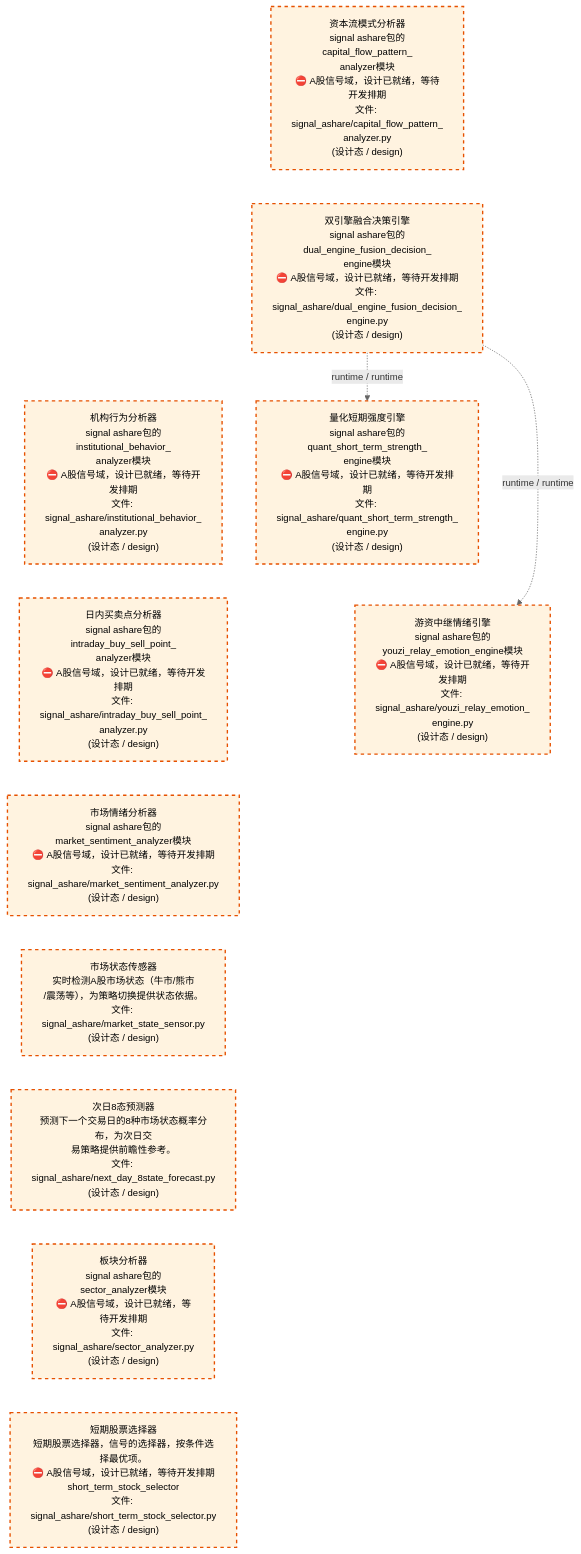
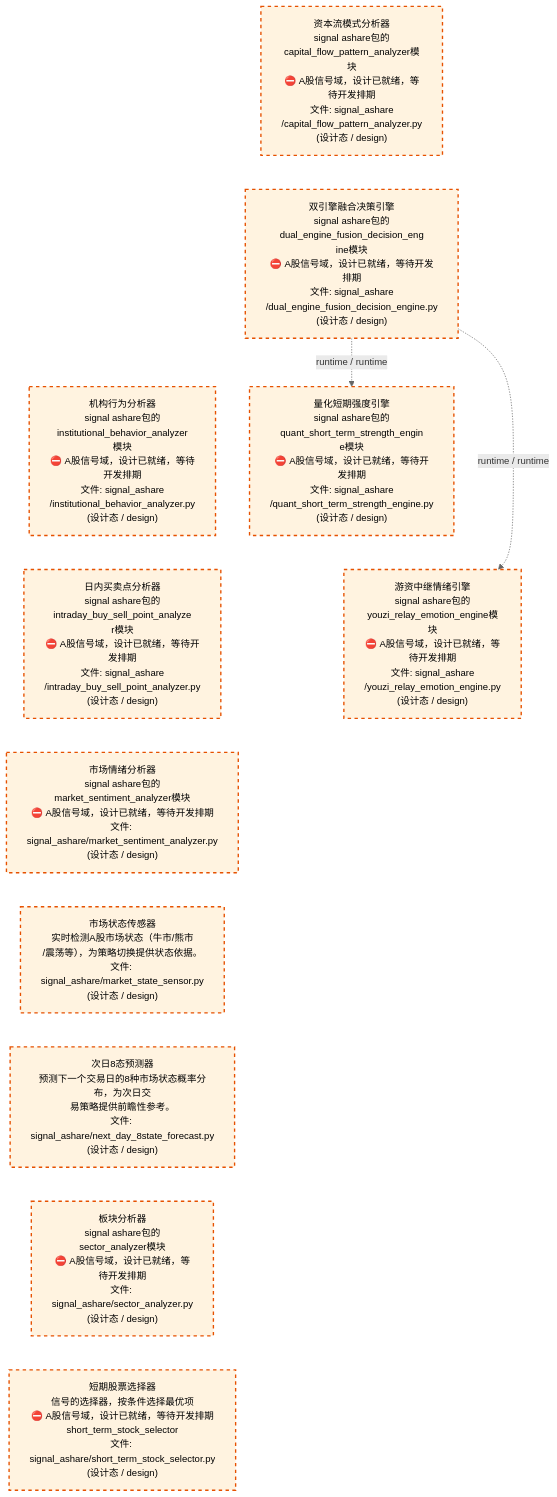
The third of 4 diagrams in docs/02_enterprise_architecture/02_domain_architecture_docs/32_d_ashare_signal.md (xuanFelixVan/ZephyrAlpha), drawn with Mermaid before and after one commit. The commit also changed other lines of this file and 59 other files, not shown here.

````diff
--- a/docs/02_enterprise_architecture/02_domain_architecture_docs/32_d_ashare_signal.md
+++ b/docs/02_enterprise_architecture/02_domain_architecture_docs/32_d_ashare_signal.md
@@ -134,31 +134,31 @@
 ```mermaid
 %%{init: {'theme': 'base', 'themeVariables': {'primaryColor': '#eaeaea', 'primaryTextColor': '#333333', 'primaryBorderColor': '#666666', 'lineColor': '#666666', 'secondaryColor': '#eaeaea', 'tertiaryColor': '#eaeaea', 'fontSize': '14px'}}}%%
 flowchart TD
-    src_zephyr_signal_ashare_capital_flow_pattern_analyzer_py["资本流模式分析器<br/>signal ashare包的capital_flow_pattern_<br/>analyzer模块<br/>⛔ A股信号域，设计已就绪，等待开发排期<br/>文件: signal_ashare/capital_flow_pattern_<br/>analyzer.py<br/>(设计态 / design)"]
-    src_zephyr_signal_ashare_dual_engine_fusion_decision_engine_py["双引擎融合决策引擎<br/>signal ashare包的dual_engine_fusion_decision_<br/>engine模块<br/>⛔ A股信号域，设计已就绪，等待开发排期<br/>文件: signal_ashare/dual_engine_fusion_decision_<br/>engine.py<br/>(设计态 / design)"]
-    src_zephyr_signal_ashare_institutional_behavior_analyzer_py["机构行为分析器<br/>signal ashare包的institutional_behavior_<br/>analyzer模块<br/>⛔ A股信号域，设计已就绪，等待开发排期<br/>文件: signal_ashare/institutional_behavior_<br/>analyzer.py<br/>(设计态 / design)"]
-    src_zephyr_signal_ashare_intraday_buy_sell_point_analyzer_py["日内买卖点分析器<br/>signal ashare包的intraday_buy_sell_point_<br/>analyzer模块<br/>⛔ A股信号域，设计已就绪，等待开发排期<br/>文件: signal_ashare/intraday_buy_sell_point_<br/>analyzer.py<br/>(设计态 / design)"]
+    src_zephyr_signal_ashare_capital_flow_pattern_analyzer_py["资本流模式分析器<br/>signal ashare包的capital_flow_pattern_analyzer模<br/>块<br/>⛔ A股信号域，设计已就绪，等待开发排期<br/>文件: signal_ashare<br/>/capital_flow_pattern_analyzer.py<br/>(设计态 / design)"]
+    src_zephyr_signal_ashare_dual_engine_fusion_decision_engine_py["双引擎融合决策引擎<br/>signal ashare包的dual_engine_fusion_decision_eng<br/>ine模块<br/>⛔ A股信号域，设计已就绪，等待开发排期<br/>文件: signal_ashare<br/>/dual_engine_fusion_decision_engine.py<br/>(设计态 / design)"]
+    src_zephyr_signal_ashare_institutional_behavior_analyzer_py["机构行为分析器<br/>signal ashare包的institutional_behavior_analyzer<br/>模块<br/>⛔ A股信号域，设计已就绪，等待开发排期<br/>文件: signal_ashare<br/>/institutional_behavior_analyzer.py<br/>(设计态 / design)"]
+    src_zephyr_signal_ashare_intraday_buy_sell_point_analyzer_py["日内买卖点分析器<br/>signal ashare包的intraday_buy_sell_point_analyze<br/>r模块<br/>⛔ A股信号域，设计已就绪，等待开发排期<br/>文件: signal_ashare<br/>/intraday_buy_sell_point_analyzer.py<br/>(设计态 / design)"]
     src_zephyr_signal_ashare_market_sentiment_analyzer_py["市场情绪分析器<br/>signal ashare包的market_sentiment_analyzer模块<br/>⛔ A股信号域，设计已就绪，等待开发排期<br/>文件: signal_ashare/market_sentiment_analyzer.py<br/>(设计态 / design)"]
     src_zephyr_signal_ashare_market_state_sensor_py["市场状态传感器<br/>实时检测A股市场状态（牛市/熊市<br/>/震荡等），为策略切换提供状态依据。<br/>文件: signal_ashare/market_state_sensor.py<br/>(设计态 / design)"]
     src_zephyr_signal_ashare_next_day_8state_forecast_py["次日8态预测器<br/>预测下一个交易日的8种市场状态概率分布，为次日交<br/>易策略提供前瞻性参考。<br/>文件: signal_ashare/next_day_8state_forecast.py<br/>(设计态 / design)"]
     src_zephyr_signal_ashare_sector_analyzer_py["板块分析器<br/>signal ashare包的sector_analyzer模块<br/>⛔ A股信号域，设计已就绪，等待开发排期<br/>文件: signal_ashare/sector_analyzer.py<br/>(设计态 / design)"]
-    src_zephyr_signal_ashare_short_term_stock_selector_py["短期股票选择器<br/>短期股票选择器，信号的选择器，按条件选择最优项。<br/>⛔ A股信号域，设计已就绪，等待开发排期<br/>short_term_stock_selector<br/>文件: signal_ashare/short_term_stock_selector.py<br/>(设计态 / design)"]
+    src_zephyr_signal_ashare_short_term_stock_selector_py["短期股票选择器<br/>信号的选择器，按条件选择最优项<br/>⛔ A股信号域，设计已就绪，等待开发排期<br/>short_term_stock_selector<br/>文件: signal_ashare/short_term_stock_selector.py<br/>(设计态 / design)"]
     src_zephyr_signal_ashare_capital_flow_pattern_analyzer_py ~~~ src_zephyr_signal_ashare_dual_engine_fusion_decision_engine_py
     src_zephyr_signal_ashare_dual_engine_fusion_decision_engine_py ~~~ src_zephyr_signal_ashare_institutional_behavior_analyzer_py
     src_zephyr_signal_ashare_institutional_behavior_analyzer_py ~~~ src_zephyr_signal_ashare_intraday_buy_sell_point_analyzer_py
     src_zephyr_signal_ashare_intraday_buy_sell_point_analyzer_py ~~~ src_zephyr_signal_ashare_market_sentiment_analyzer_py
     src_zephyr_signal_ashare_market_sentiment_analyzer_py ~~~ src_zephyr_signal_ashare_market_state_sensor_py
     src_zephyr_signal_ashare_market_state_sensor_py ~~~ src_zephyr_signal_ashare_next_day_8state_forecast_py
     src_zephyr_signal_ashare_next_day_8state_forecast_py ~~~ src_zephyr_signal_ashare_sector_analyzer_py
     src_zephyr_signal_ashare_sector_analyzer_py ~~~ src_zephyr_signal_ashare_short_term_stock_selector_py
-    src_zephyr_signal_ashare_quant_short_term_strength_engine_py["量化短期强度引擎<br/>signal ashare包的quant_short_term_strength_<br/>engine模块<br/>⛔ A股信号域，设计已就绪，等待开发排期<br/>文件: signal_ashare/quant_short_term_strength_<br/>engine.py<br/>(设计态 / design)"]
-    src_zephyr_signal_ashare_youzi_relay_emotion_engine_py["游资中继情绪引擎<br/>signal ashare包的youzi_relay_emotion_engine模块<br/>⛔ A股信号域，设计已就绪，等待开发排期<br/>文件: signal_ashare/youzi_relay_emotion_<br/>engine.py<br/>(设计态 / design)"]
+    src_zephyr_signal_ashare_quant_short_term_strength_engine_py["量化短期强度引擎<br/>signal ashare包的quant_short_term_strength_engin<br/>e模块<br/>⛔ A股信号域，设计已就绪，等待开发排期<br/>文件: signal_ashare<br/>/quant_short_term_strength_engine.py<br/>(设计态 / design)"]
+    src_zephyr_signal_ashare_youzi_relay_emotion_engine_py["游资中继情绪引擎<br/>signal ashare包的youzi_relay_emotion_engine模块<br/>⛔ A股信号域，设计已就绪，等待开发排期<br/>文件: signal_ashare<br/>/youzi_relay_emotion_engine.py<br/>(设计态 / design)"]
     src_zephyr_signal_ashare_quant_short_term_strength_engine_py ~~~ src_zephyr_signal_ashare_youzi_relay_emotion_engine_py
     src_zephyr_signal_ashare_dual_engine_fusion_decision_engine_py -.->|runtime / runtime| src_zephyr_signal_ashare_youzi_relay_emotion_engine_py
     src_zephyr_signal_ashare_dual_engine_fusion_decision_engine_py -.->|runtime / runtime| src_zephyr_signal_ashare_quant_short_term_strength_engine_py
     classDef production fill:#e1f5fe,stroke:#01579b,stroke-width:2px,color:#000
     classDef design fill:#fff3e0,stroke:#e65100,stroke-width:2px,color:#000,stroke-dasharray: 5 5
     classDef external_prod fill:#e8f4fd,stroke:#0277bd,stroke-width:1px,color:#000
     classDef external_design fill:#fff8e7,stroke:#ef6c00,stroke-width:1px,color:#000,stroke-dasharray: 5 5
     class src_zephyr_signal_ashare_capital_flow_pattern_analyzer_py,src_zephyr_signal_ashare_dual_engine_fusion_decision_engine_py,src_zephyr_signal_ashare_institutional_behavior_analyzer_py,src_zephyr_signal_ashare_intraday_buy_sell_point_analyzer_py,src_zephyr_signal_ashare_market_sentiment_analyzer_py,src_zephyr_signal_ashare_market_state_sensor_py,src_zephyr_signal_ashare_next_day_8state_forecast_py,src_zephyr_signal_ashare_quant_short_term_strength_engine_py,src_zephyr_signal_ashare_sector_analyzer_py,src_zephyr_signal_ashare_short_term_stock_selector_py,src_zephyr_signal_ashare_youzi_relay_emotion_engine_py design
 ```
````
